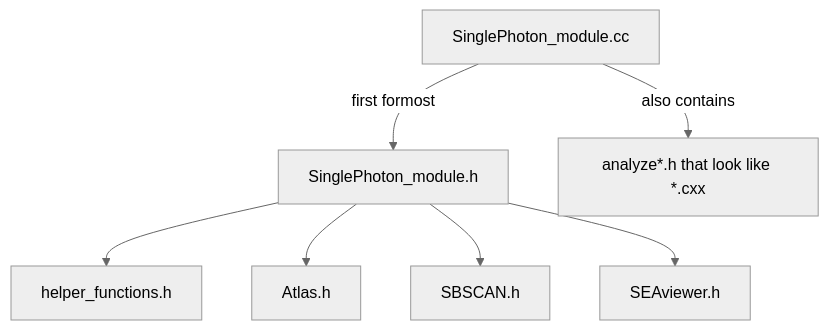
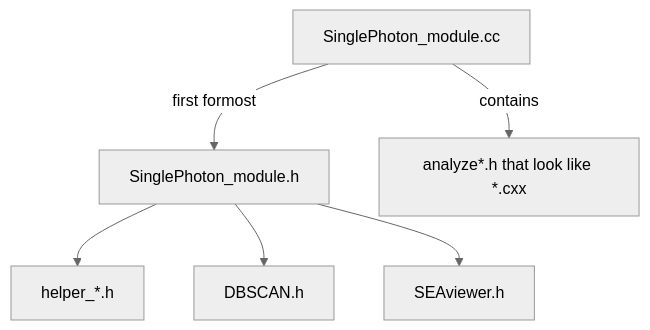
One commit to SBNSoftware/sbncode changed the first of 3 diagrams in sbncode/SinglePhotonAnalysis/README.md. Above: the diagram before and after it, drawn with Mermaid (neutral theme). The commit also changed other lines of this file and 7 other files, not shown here.

````diff
--- a/sbncode/SinglePhotonAnalysis/README.md
+++ b/sbncode/SinglePhotonAnalysis/README.md
@@ -21,9 +56,8 @@
 ```mermaid
-	flowchart TD;
-	A--first formost-->C;
-	A[SinglePhoton_module.cc]--also contains-->B[analyze*.h that look like *.cxx];
-	C[SinglePhoton_module.h]-->D[helper_functions.h];
-	C-->E[Atlas.h];
-	C-->F[SBSCAN.h];
-	C-->G[SEAviewer.h];
+flowchart TD;
+A--first formost-->C;
+A[SinglePhoton_module.cc]--contains-->B[analyze*.h that look like *.cxx];
+C[SinglePhoton_module.h]-->D[helper_*.h];
+C-->F[DBSCAN.h];
+C-->G[SEAviewer.h];
 ```
````
